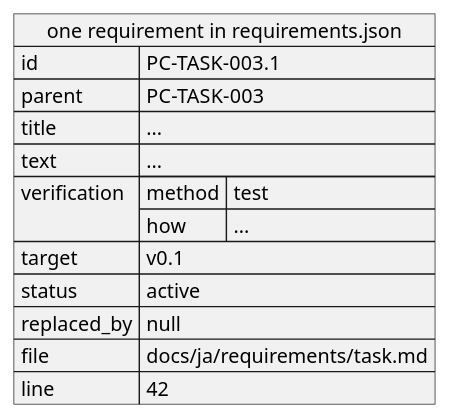
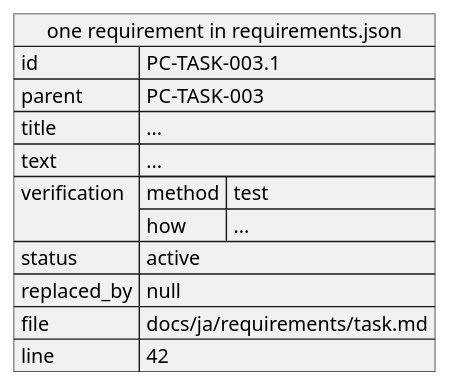
Before and after one commit to cloveclovedev/cumin-trace: the diagram in docs/ja/requirements/export-json.puml, drawn with PlantUML. The commit also changed 15 other files, not shown here.

```diff
--- a/docs/ja/requirements/export-json.puml
+++ b/docs/ja/requirements/export-json.puml
@@ -1,17 +1,16 @@
 @startuml export-json
 json "one requirement in requirements.json" as r {
   "id": "PC-TASK-003.1",
   "parent": "PC-TASK-003",
   "title": "...",
   "text": "...",
   "verification": {
     "method": "test",
     "how": "..."
   },
-  "target": "v0.1",
   "status": "active",
   "replaced_by": null,
   "file": "docs/ja/requirements/task.md",
   "line": 42
 }
 @enduml
```
